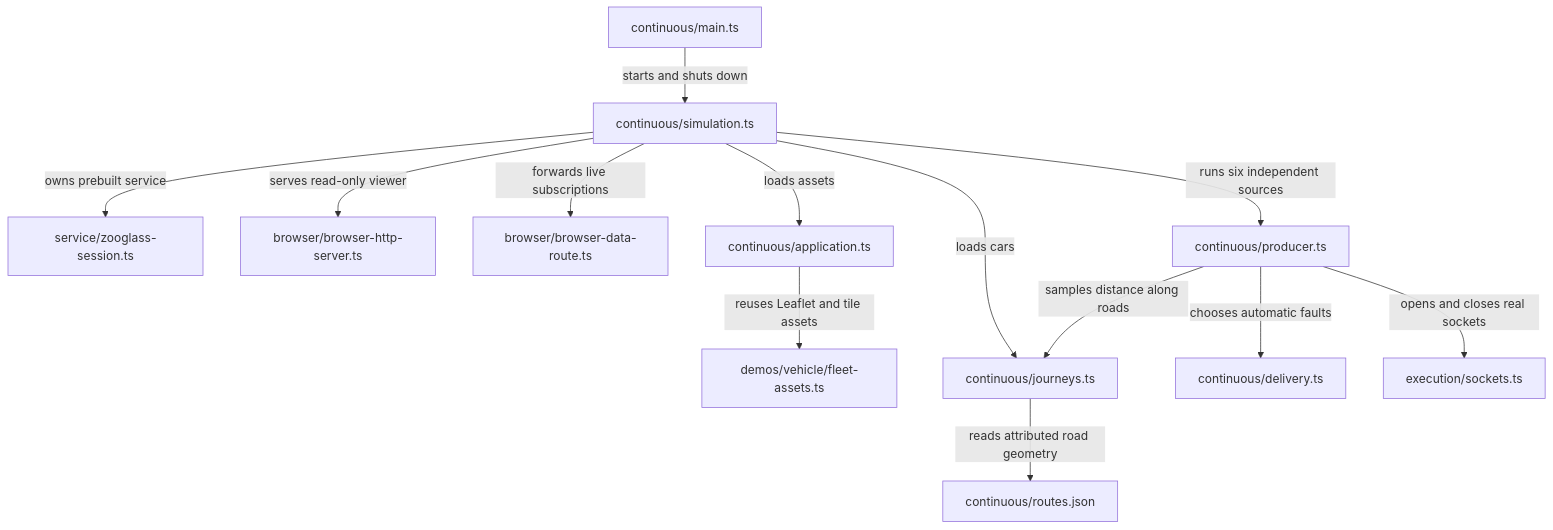
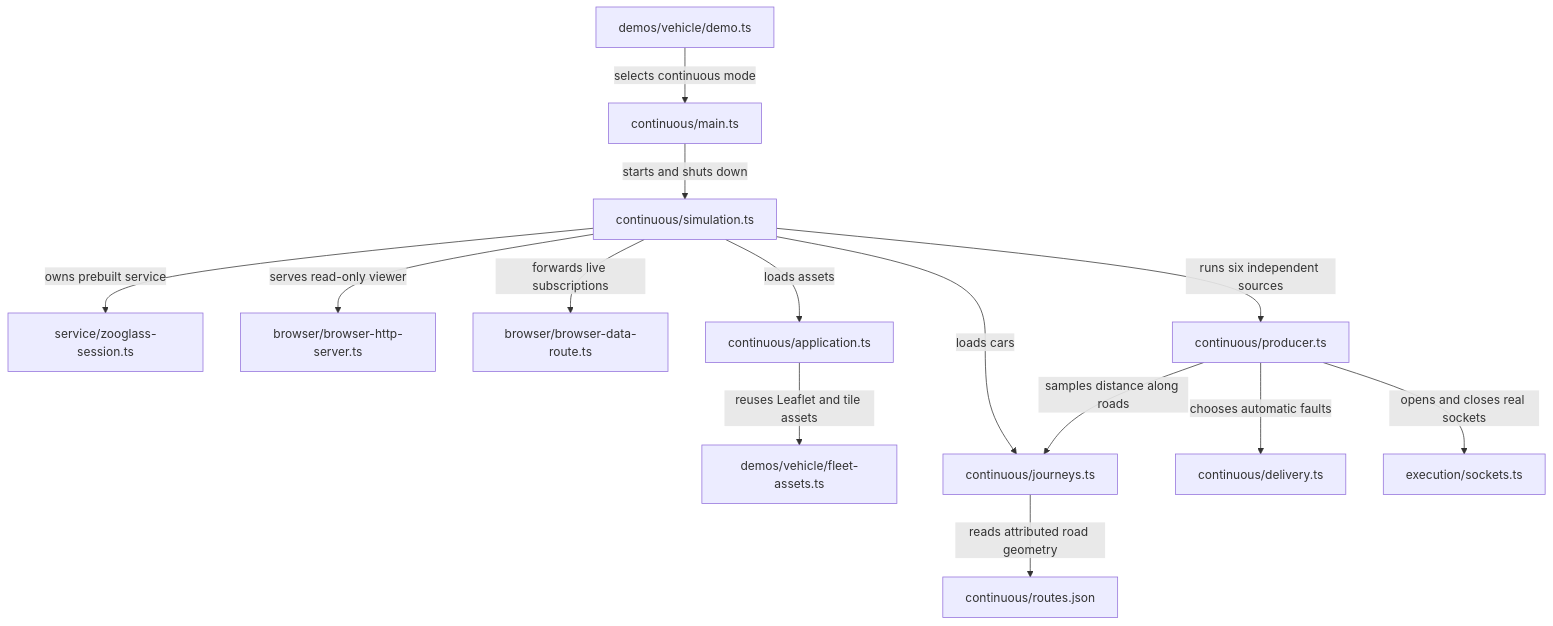
The eighth of 8 diagrams in incubator/workbench/docs/source-map.md (sproates/zooglass), drawn with Mermaid before and after one commit. The commit also changed other lines of this file and 8 other files, not shown here.

Commit message:
Unify continuous and interactive fleet demo commands

````diff
--- a/incubator/workbench/docs/source-map.md
+++ b/incubator/workbench/docs/source-map.md
@@ -361,15 +361,16 @@
 ```mermaid
 flowchart TD
-  main["continuous/main.ts"] -->|starts and shuts down| sim["continuous/simulation.ts"]
+  cli["demos/vehicle/demo.ts"] -->|selects continuous mode| main["continuous/main.ts"]
+  main -->|starts and shuts down| sim["continuous/simulation.ts"]
   sim -->|owns prebuilt service| service["service/zooglass-session.ts"]
   sim -->|serves read-only viewer| http["browser/browser-http-server.ts"]
   sim -->|forwards live subscriptions| proxy["browser/browser-data-route.ts"]
   sim -->|loads assets| assets["continuous/application.ts"]
   assets -->|reuses Leaflet and tile assets| fleet["demos/vehicle/fleet-assets.ts"]
   sim -->|runs six independent sources| producer["continuous/producer.ts"]
   sim -->|loads cars| journeys["continuous/journeys.ts"]
   producer -->|samples distance along roads| journeys
   journeys -->|reads attributed road geometry| routes["continuous/routes.json"]
   producer -->|chooses automatic faults| delivery["continuous/delivery.ts"]
   producer -->|opens and closes real sockets| sockets["execution/sockets.ts"]
 ```
````
